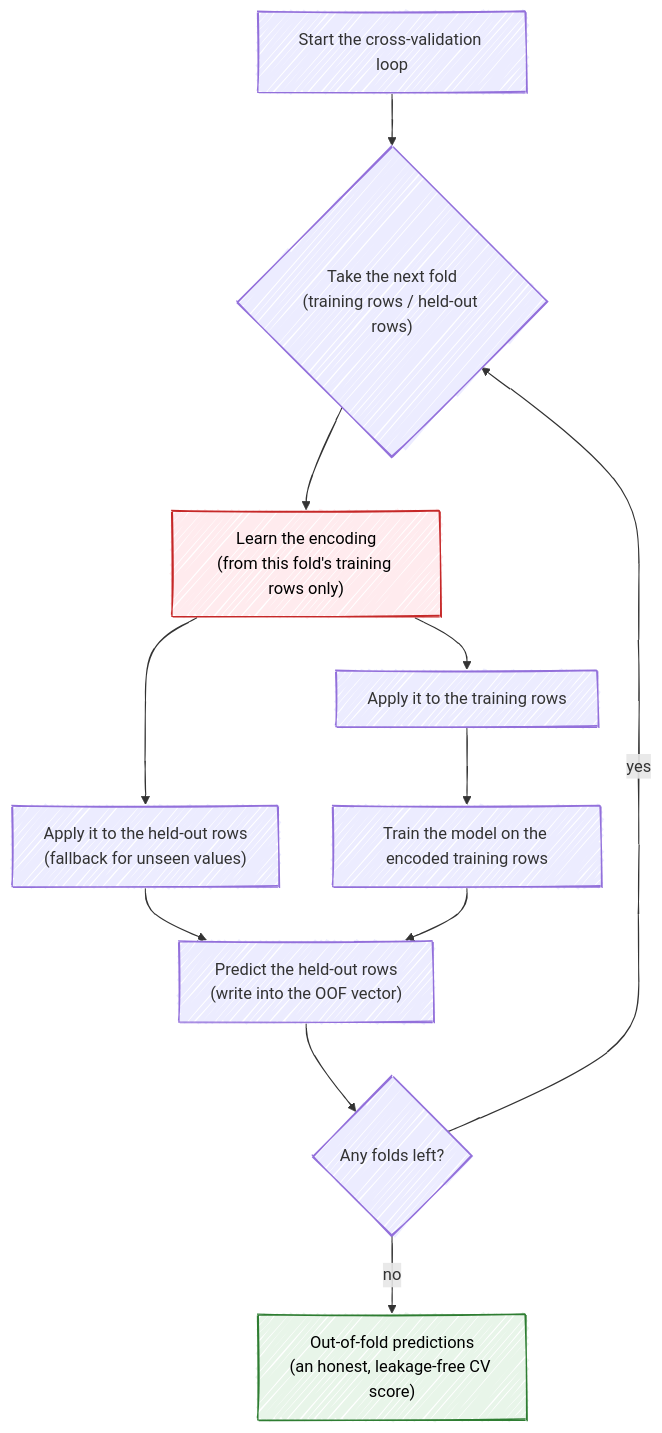
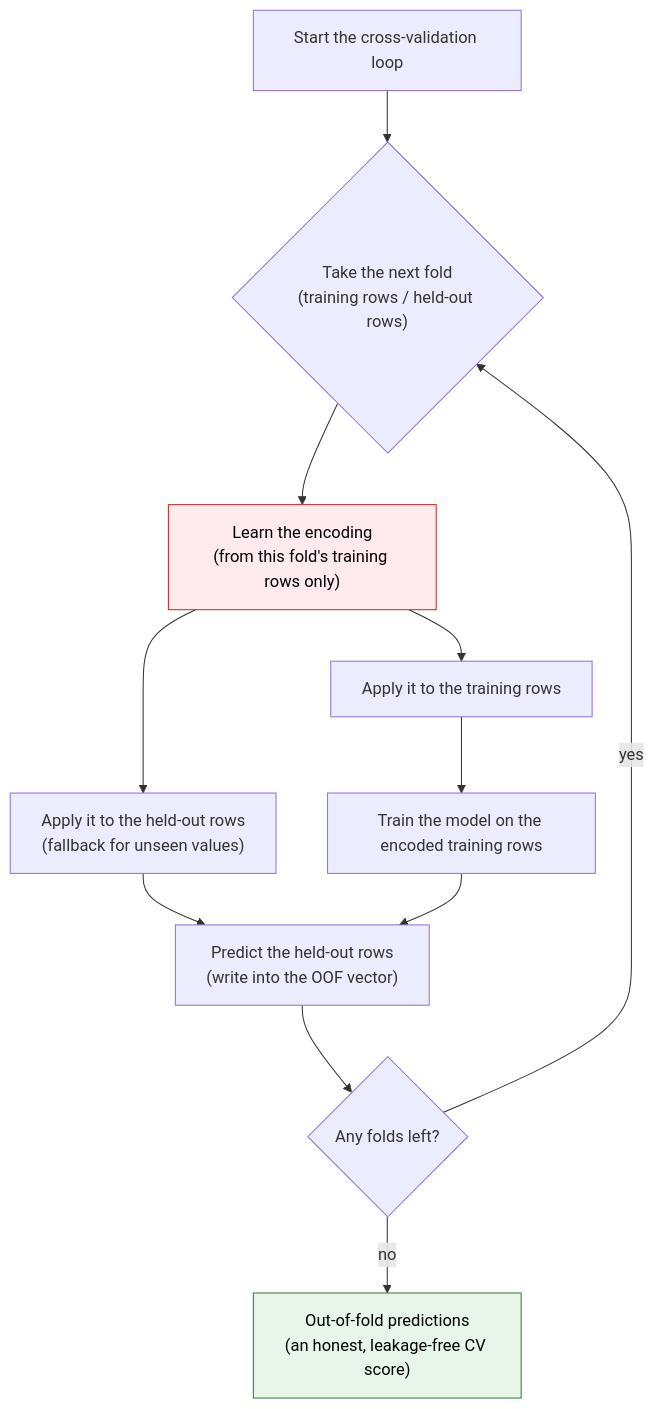
One commit to VaradHajare/Kaggle-Autopilot changed the second of 2 diagrams in README.md. Above: the diagram before and after it, drawn with Mermaid. The commit also changed other lines of this file, not shown here.

First line of the commit message:
Clean up README diagrams

````diff
--- a/README.md
+++ b/README.md
@@ -204,22 +197,17 @@
 ```mermaid
----
-config:
-  look: handDrawn
-  theme: default
----
 flowchart TD
     START["Start the cross-validation loop"] --> SPLIT{"Take the next fold<br/>(training rows / held-out rows)"}
 
     SPLIT --> FIT["Learn the encoding<br/>(from this fold's training rows only)"]
     FIT --> APPLY_TR["Apply it to the training rows"]
     FIT --> APPLY_VA["Apply it to the held-out rows<br/>(fallback for unseen values)"]
     APPLY_TR --> TRAINM["Train the model on the encoded training rows"]
     APPLY_VA --> PREDICT["Predict the held-out rows<br/>(write into the OOF vector)"]
     TRAINM --> PREDICT
     PREDICT --> NEXT{"Any folds left?"}
     NEXT -- yes --> SPLIT
     NEXT -- no --> OOF["Out-of-fold predictions<br/>(an honest, leakage-free CV score)"]
 
     style FIT fill:#ffebee,stroke:#c62828,color:#000
     style OOF fill:#e8f5e9,stroke:#2e7d32,color:#000
 ```
````
